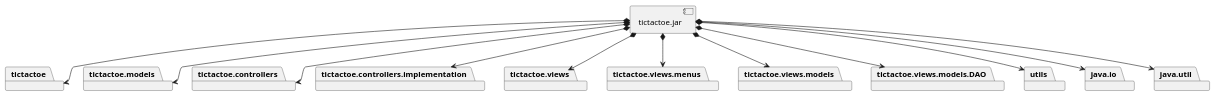
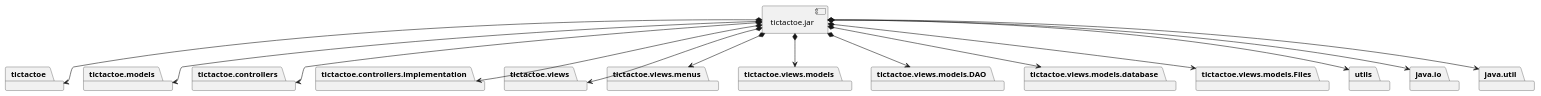
One commit to x-USantaTecla-game-ticTacToe/java changed the third of 6 diagrams in docs/src/docs/asciidoc/index.adoc. Above: the diagram before and after it, drawn with PlantUML. The commit also changed other lines of this file and 46 other files, not shown here.

```diff
--- a/docs/src/docs/asciidoc/index.adoc
+++ b/docs/src/docs/asciidoc/index.adoc
@@ -1477,41 +1605,47 @@
 [plantuml,diagramaImplementacion,svg]
 ....
 
 package "  "  as tictactoe {
 }
 package "  "  as tictactoe.models {
 }
 package "  "  as tictactoe.controllers {
 }
 package "  "  as tictactoe.controllers.implementation {
 }
 package "  "  as tictactoe.views {
 }
 package "  "  as tictactoe.views.menus {
 }
 package "  "  as tictactoe.views.models {
 }
 package "  "  as tictactoe.views.models.DAO {
 }
+package "  "  as tictactoe.views.models.database {
+}
+package "  "  as tictactoe.views.models.Files {
+}
 package "  "  as utils {
 }
 package "  "  as java.io {
 }
 package "  "  as java.util {
 }
 
 [tictactoe.jar] as jar
 
 jar *--> tictactoe
 jar *--> tictactoe.models
 jar *--> tictactoe.controllers
 jar *--> tictactoe.controllers.implementation
 jar *--> tictactoe.views
 jar *--> tictactoe.views.menus
 jar *--> tictactoe.views.models
 jar *--> tictactoe.views.models.DAO
+jar *--> tictactoe.views.models.database
+jar *--> tictactoe.views.models.Files
 jar *--> utils
 jar *--> java.io
 jar *--> java.util
 
 ....
```
